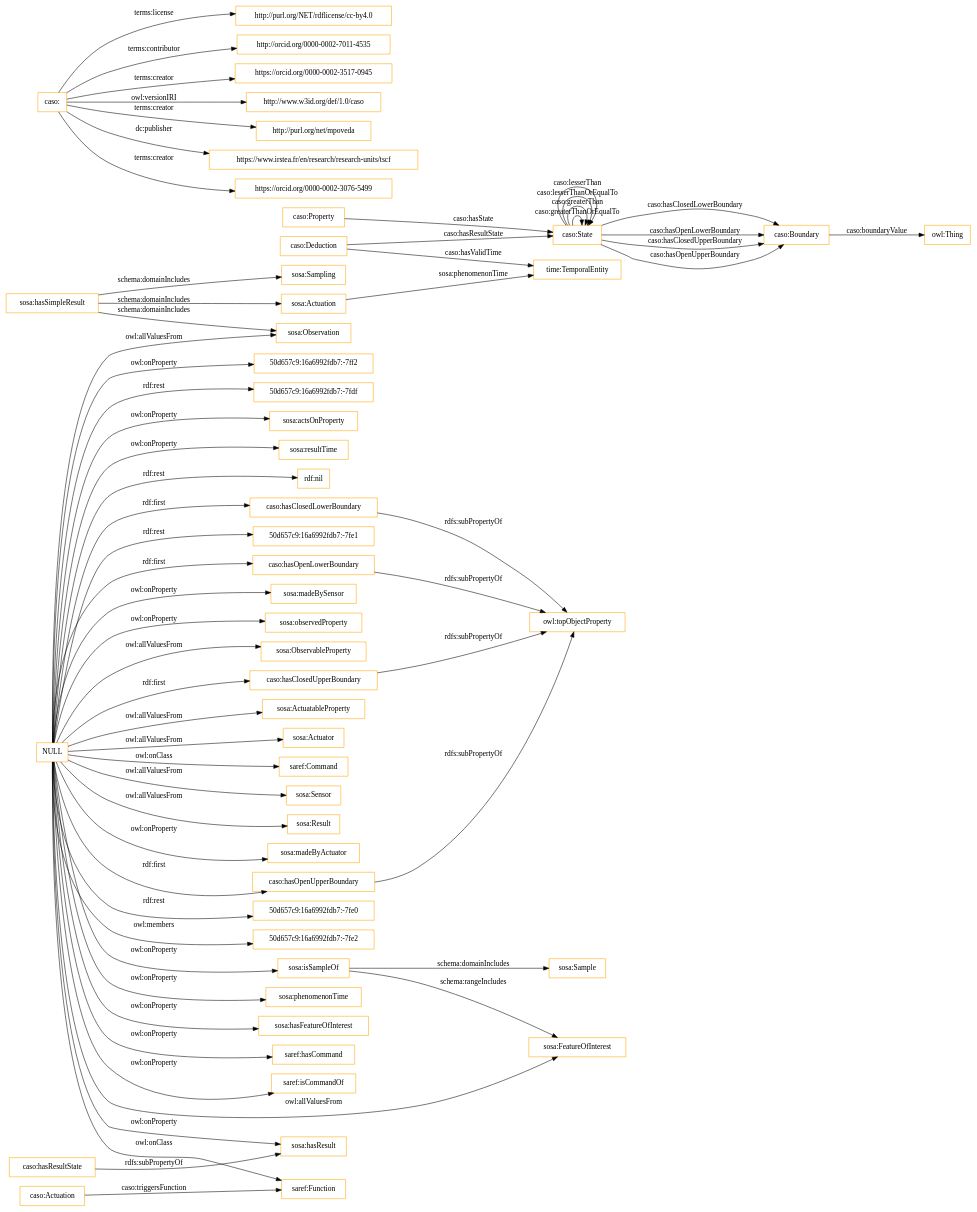
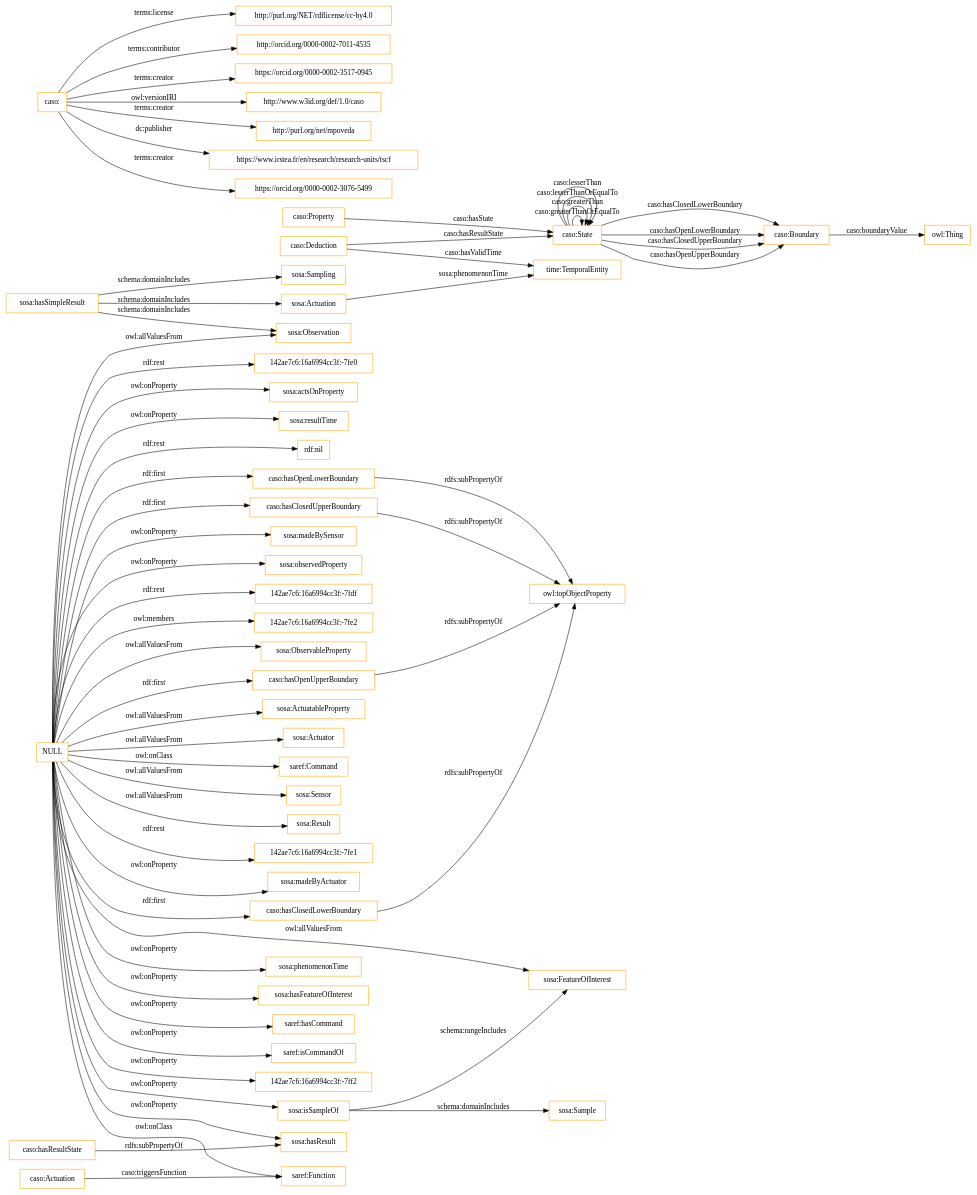
The diagram in OnToology/ontology/caso.owl/diagrams/ar2dtool-class/caso.owl.png.dot (OnToologyUser/caso), drawn with Graphviz before and after one commit. The commit also changed 2 other files, not shown here.

```diff
--- a/OnToology/ontology/caso.owl/diagrams/ar2dtool-class/caso.owl.png.dot
+++ b/OnToology/ontology/caso.owl/diagrams/ar2dtool-class/caso.owl.png.dot
@@ -1,67 +1,67 @@
 digraph ar2dtool_diagram { 
 rankdir=LR;
 size="1501"
 node [shape = rectangle, color="orange"]; "caso:Boundary" "caso:State" "sosa:ObservableProperty" "caso:Property" "sosa:FeatureOfInterest" "sosa:Actuation" "sosa:ActuatableProperty" "sosa:Actuator" "sosa:Observation" "caso:Actuation" "saref:Function" "saref:Command" "sosa:Sample" "caso:Deduction" "time:TemporalEntity" "sosa:Sensor" "sosa:Result" ; /*classes style*/
+	"NULL" -> "142ae7c6:16a6994cc3f:-7fe1" [ label = "rdf:rest" ];
 	"NULL" -> "sosa:madeByActuator" [ label = "owl:onProperty" ];
 	"NULL" -> "caso:hasClosedLowerBoundary" [ label = "rdf:first" ];
-	"NULL" -> "50d657c9:16a6992fdb7:-7fe0" [ label = "rdf:rest" ];
-	"NULL" -> "50d657c9:16a6992fdb7:-7fe2" [ label = "owl:members" ];
 	"NULL" -> "caso:hasClosedUpperBoundary" [ label = "rdf:first" ];
 	"NULL" -> "sosa:Sensor" [ label = "owl:allValuesFrom" ];
 	"NULL" -> "sosa:phenomenonTime" [ label = "owl:onProperty" ];
 	"NULL" -> "sosa:hasFeatureOfInterest" [ label = "owl:onProperty" ];
 	"NULL" -> "saref:hasCommand" [ label = "owl:onProperty" ];
 	"NULL" -> "saref:isCommandOf" [ label = "owl:onProperty" ];
-	"NULL" -> "sosa:Observation" [ label = "owl:allValuesFrom" ];
+	"NULL" -> "142ae7c6:16a6994cc3f:-7ff2" [ label = "owl:onProperty" ];
 	"NULL" -> "sosa:Actuator" [ label = "owl:allValuesFrom" ];
 	"NULL" -> "sosa:isSampleOf" [ label = "owl:onProperty" ];
-	"NULL" -> "50d657c9:16a6992fdb7:-7ff2" [ label = "owl:onProperty" ];
+	"NULL" -> "sosa:Observation" [ label = "owl:allValuesFrom" ];
 	"NULL" -> "saref:Command" [ label = "owl:onClass" ];
-	"NULL" -> "50d657c9:16a6992fdb7:-7fdf" [ label = "rdf:rest" ];
+	"NULL" -> "142ae7c6:16a6994cc3f:-7fe0" [ label = "rdf:rest" ];
 	"NULL" -> "saref:Function" [ label = "owl:onClass" ];
 	"NULL" -> "sosa:ObservableProperty" [ label = "owl:allValuesFrom" ];
 	"NULL" -> "sosa:ActuatableProperty" [ label = "owl:allValuesFrom" ];
 	"NULL" -> "sosa:actsOnProperty" [ label = "owl:onProperty" ];
 	"NULL" -> "sosa:resultTime" [ label = "owl:onProperty" ];
 	"NULL" -> "rdf:nil" [ label = "rdf:rest" ];
 	"NULL" -> "caso:hasOpenUpperBoundary" [ label = "rdf:first" ];
 	"NULL" -> "sosa:FeatureOfInterest" [ label = "owl:allValuesFrom" ];
-	"NULL" -> "50d657c9:16a6992fdb7:-7fe1" [ label = "rdf:rest" ];
 	"NULL" -> "caso:hasOpenLowerBoundary" [ label = "rdf:first" ];
 	"NULL" -> "sosa:Result" [ label = "owl:allValuesFrom" ];
 	"NULL" -> "sosa:madeBySensor" [ label = "owl:onProperty" ];
 	"NULL" -> "sosa:observedProperty" [ label = "owl:onProperty" ];
 	"NULL" -> "sosa:hasResult" [ label = "owl:onProperty" ];
+	"NULL" -> "142ae7c6:16a6994cc3f:-7fdf" [ label = "rdf:rest" ];
+	"NULL" -> "142ae7c6:16a6994cc3f:-7fe2" [ label = "owl:members" ];
 	"sosa:hasSimpleResult" -> "sosa:Sampling" [ label = "schema:domainIncludes" ];
 	"sosa:hasSimpleResult" -> "sosa:Observation" [ label = "schema:domainIncludes" ];
 	"sosa:hasSimpleResult" -> "sosa:Actuation" [ label = "schema:domainIncludes" ];
 	"sosa:isSampleOf" -> "sosa:FeatureOfInterest" [ label = "schema:rangeIncludes" ];
 	"sosa:isSampleOf" -> "sosa:Sample" [ label = "schema:domainIncludes" ];
 	"caso:hasResultState" -> "sosa:hasResult" [ label = "rdfs:subPropertyOf" ];
 	"caso:hasClosedUpperBoundary" -> "owl:topObjectProperty" [ label = "rdfs:subPropertyOf" ];
 	"caso:hasClosedLowerBoundary" -> "owl:topObjectProperty" [ label = "rdfs:subPropertyOf" ];
 	"caso:hasOpenUpperBoundary" -> "owl:topObjectProperty" [ label = "rdfs:subPropertyOf" ];
 	"caso:hasOpenLowerBoundary" -> "owl:topObjectProperty" [ label = "rdfs:subPropertyOf" ];
 	"caso:" -> "http://purl.org/NET/rdflicense/cc-by4.0" [ label = "terms:license" ];
 	"caso:" -> "http://orcid.org/0000-0002-7011-4535" [ label = "terms:contributor" ];
 	"caso:" -> "https://orcid.org/0000-0002-3517-0945" [ label = "terms:creator" ];
 	"caso:" -> "http://www.w3id.org/def/1.0/caso" [ label = "owl:versionIRI" ];
 	"caso:" -> "http://purl.org/net/mpoveda" [ label = "terms:creator" ];
 	"caso:" -> "https://www.irstea.fr/en/research/research-units/tscf" [ label = "dc:publisher" ];
 	"caso:" -> "https://orcid.org/0000-0002-3076-5499" [ label = "terms:creator" ];
 	"caso:State" -> "caso:Boundary" [ label = "caso:hasClosedLowerBoundary" ];
 	"caso:State" -> "caso:Boundary" [ label = "caso:hasOpenLowerBoundary" ];
 	"caso:State" -> "caso:State" [ label = "caso:greaterThanOrEqualTo" ];
 	"sosa:Actuation" -> "time:TemporalEntity" [ label = "sosa:phenomenonTime" ];
 	"caso:Boundary" -> "owl:Thing" [ label = "caso:boundaryValue" ];
 	"caso:State" -> "caso:State" [ label = "caso:greaterThan" ];
 	"caso:Deduction" -> "caso:State" [ label = "caso:hasResultState" ];
 	"caso:State" -> "caso:Boundary" [ label = "caso:hasClosedUpperBoundary" ];
 	"caso:State" -> "caso:Boundary" [ label = "caso:hasOpenUpperBoundary" ];
 	"caso:State" -> "caso:State" [ label = "caso:lesserThanOrEqualTo" ];
 	"caso:Deduction" -> "time:TemporalEntity" [ label = "caso:hasValidTime" ];
 	"caso:Property" -> "caso:State" [ label = "caso:hasState" ];
 	"caso:Actuation" -> "saref:Function" [ label = "caso:triggersFunction" ];
 	"caso:State" -> "caso:State" [ label = "caso:lesserThan" ];
 
 }
```
